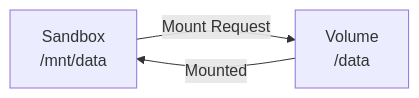
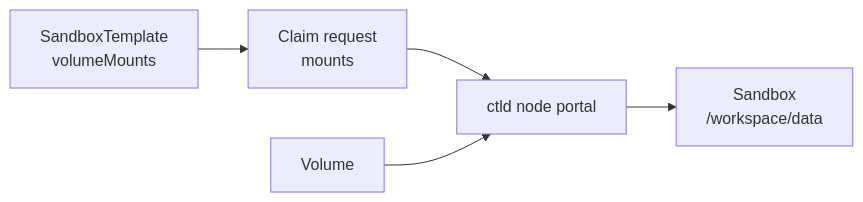
The diagram in skills/sandbox0/references/docs-src/volume/mounts/page.mdx (sandbox0-ai/sandbox0), drawn with Mermaid before and after one commit. The commit also changed other lines of this file and 118 other files, not shown here.

First line of the commit message:
Move volume mounts to ctld node-local portals (#244)

````diff
--- a/skills/sandbox0/references/docs-src/volume/mounts/page.mdx
+++ b/skills/sandbox0/references/docs-src/volume/mounts/page.mdx
@@ -7,8 +9,13 @@
 ```mermaid
 flowchart LR
-    sb["Sandbox<br/>/mnt/data"]
-    vol["Volume<br/>/data"]
+    tmpl["SandboxTemplate<br/>volumeMounts"]
+    claim["Claim request<br/>mounts"]
+    ctld["ctld node portal"]
+    sb["Sandbox<br/>/workspace/data"]
+    vol["Volume"]
 
-    sb -->|"Mount Request"| vol
-    vol -->|"Mounted"| sb
+    tmpl --> claim
+    claim --> ctld
+    ctld --> sb
+    vol --> ctld
 ```
````
